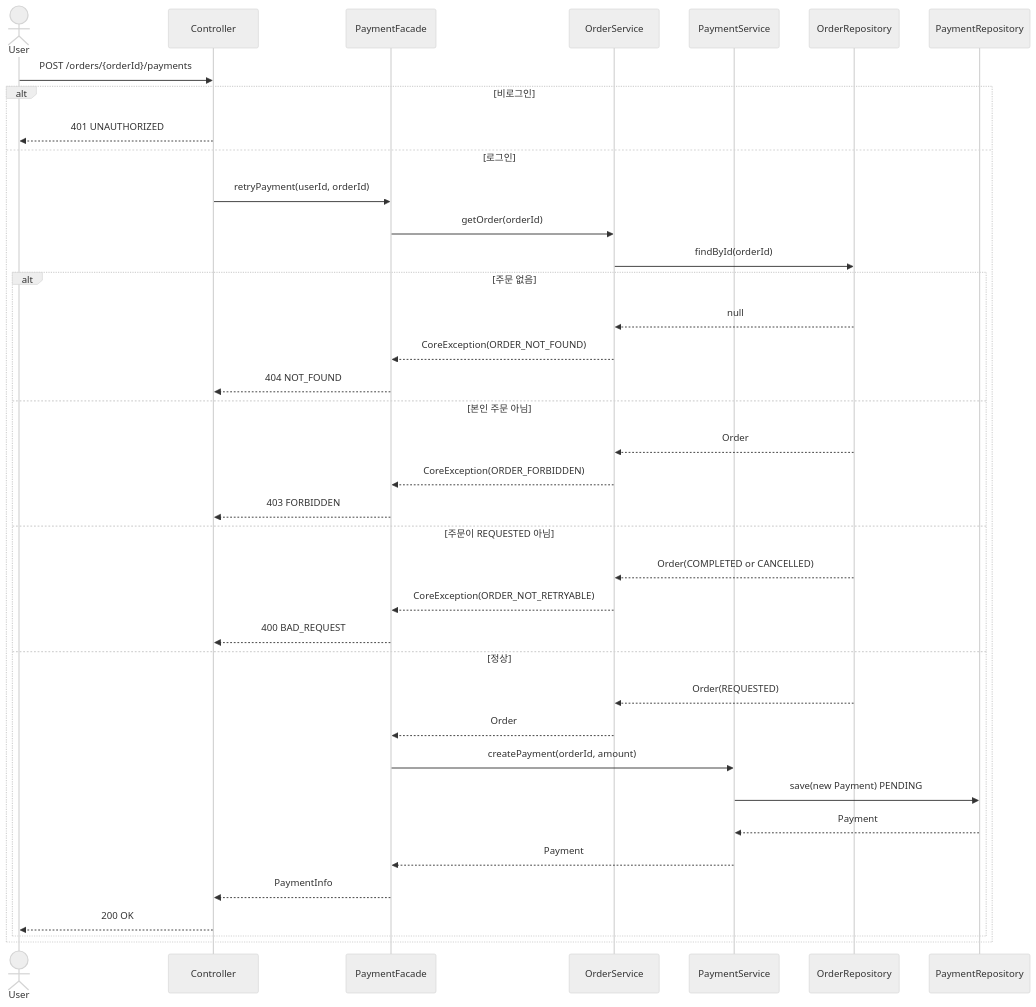
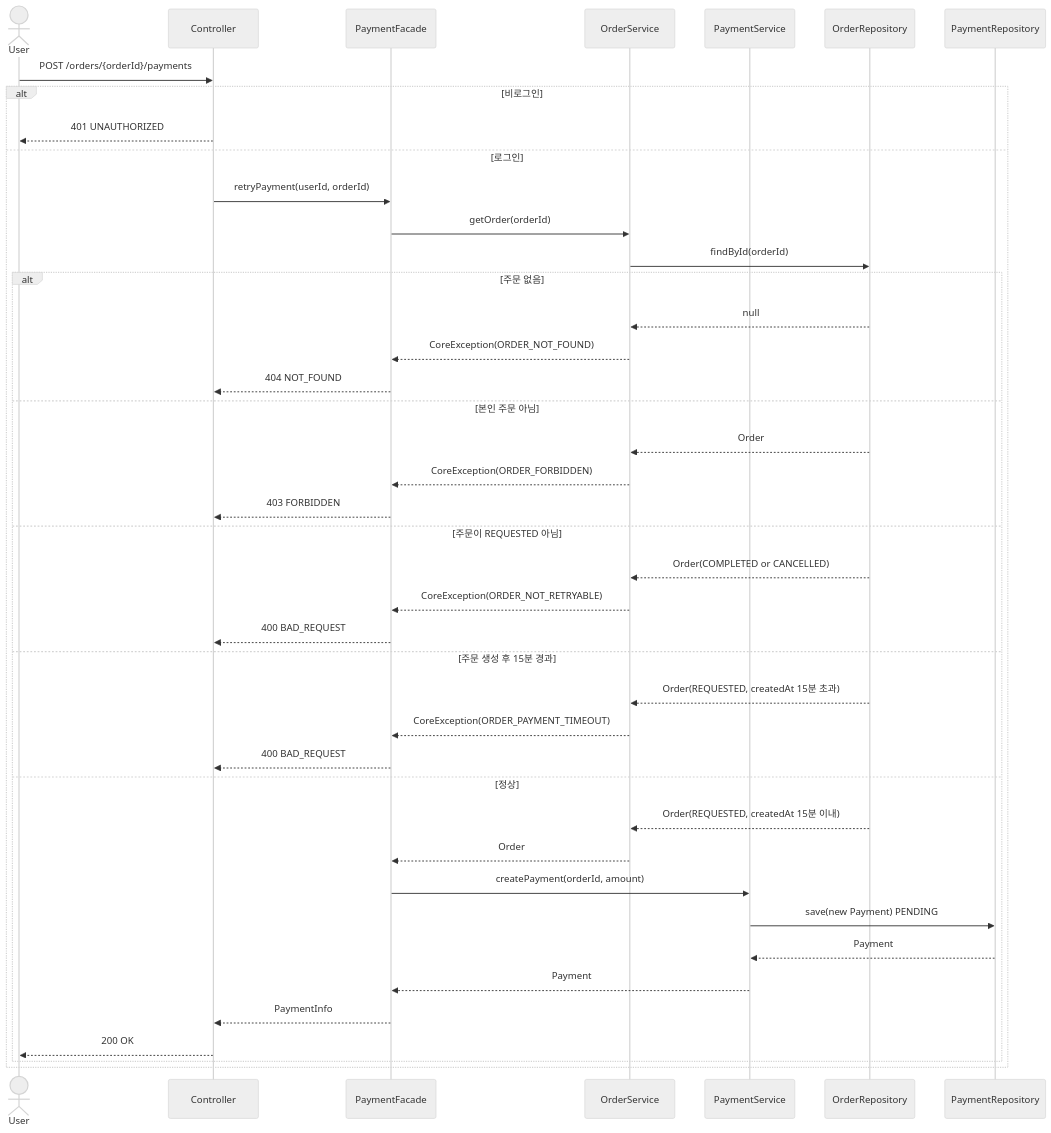
One commit to loopers-labs/loop-pack-be-l2-vol4-java changed the seventh of 8 diagrams in docs/design/02-sequence-diagrams.md. Above: the diagram before and after it, drawn with Mermaid (neutral theme). The commit also changed other lines of this file and 1 other file, not shown here.

Commit message:
docs : 15분 체크 로직 추가, 결제 성공 다이어그램 추가

````diff
--- a/docs/design/02-sequence-diagrams.md
+++ b/docs/design/02-sequence-diagrams.md
@@ -269,46 +307,50 @@
 ```mermaid
 sequenceDiagram
     actor User
     participant Controller
     participant PaymentFacade
     participant OrderService
     participant PaymentService
     participant OrderRepository
     participant PaymentRepository
 
     User->>Controller: POST /orders/{orderId}/payments
 
     alt 비로그인
         Controller-->>User: 401 UNAUTHORIZED
     else 로그인
         Controller->>PaymentFacade: retryPayment(userId, orderId)
 
         PaymentFacade->>OrderService: getOrder(orderId)
         OrderService->>OrderRepository: findById(orderId)
 
         alt 주문 없음
             OrderRepository-->>OrderService: null
             OrderService-->>PaymentFacade: CoreException(ORDER_NOT_FOUND)
             PaymentFacade-->>Controller: 404 NOT_FOUND
         else 본인 주문 아님
             OrderRepository-->>OrderService: Order
             OrderService-->>PaymentFacade: CoreException(ORDER_FORBIDDEN)
             PaymentFacade-->>Controller: 403 FORBIDDEN
         else 주문이 REQUESTED 아님
             OrderRepository-->>OrderService: Order(COMPLETED or CANCELLED)
             OrderService-->>PaymentFacade: CoreException(ORDER_NOT_RETRYABLE)
             PaymentFacade-->>Controller: 400 BAD_REQUEST
+        else 주문 생성 후 15분 경과
+            OrderRepository-->>OrderService: Order(REQUESTED, createdAt 15분 초과)
+            OrderService-->>PaymentFacade: CoreException(ORDER_PAYMENT_TIMEOUT)
+            PaymentFacade-->>Controller: 400 BAD_REQUEST
         else 정상
-            OrderRepository-->>OrderService: Order(REQUESTED)
+            OrderRepository-->>OrderService: Order(REQUESTED, createdAt 15분 이내)
             OrderService-->>PaymentFacade: Order
 
             PaymentFacade->>PaymentService: createPayment(orderId, amount)
             PaymentService->>PaymentRepository: save(new Payment) PENDING
             PaymentRepository-->>PaymentService: Payment
             PaymentService-->>PaymentFacade: Payment
 
             PaymentFacade-->>Controller: PaymentInfo
             Controller-->>User: 200 OK
         end
     end
 ```
````
